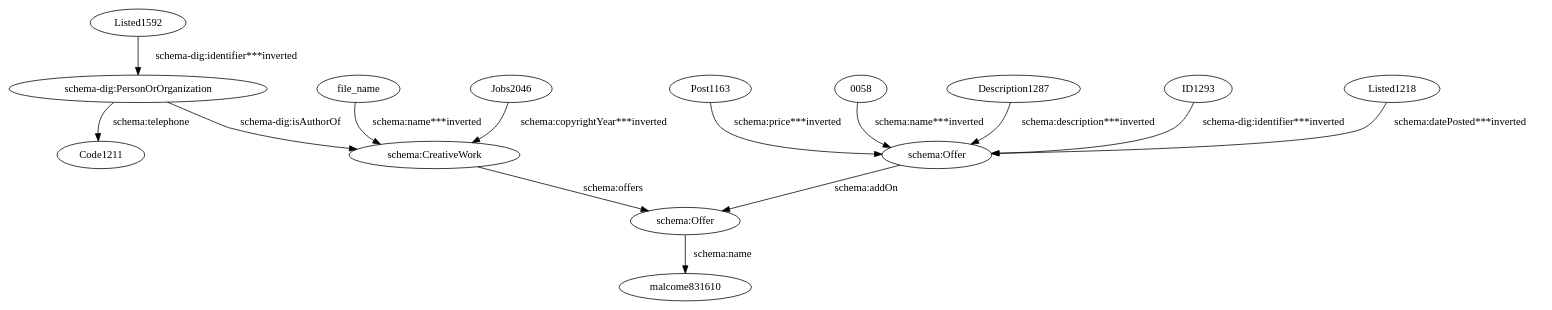
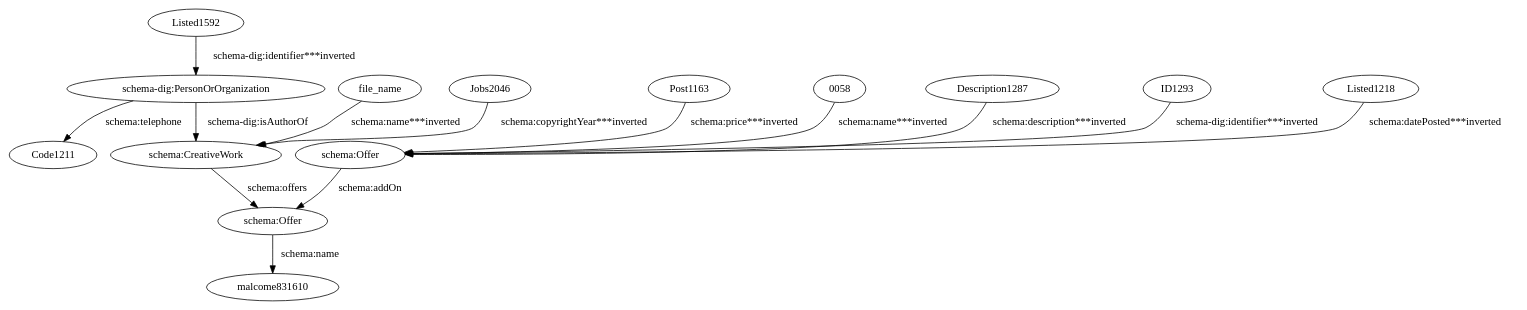
The diagram in evaluation/taheriyan2016/task_04/semantic_models_steiner/dot/kyclassifieds.dot (giuseppefutia/semi), drawn with Graphviz before and after one commit. The commit also changed 122 other files, not shown here.

```diff
--- a/evaluation/taheriyan2016/task_04/semantic_models_steiner/dot/kyclassifieds.dot
+++ b/evaluation/taheriyan2016/task_04/semantic_models_steiner/dot/kyclassifieds.dot
@@ -1,29 +1,29 @@
 digraph {
   "0058" [type=attribute_name,label="0058"]
   "schema:Offer1" [type=class_uri,label="schema:Offer"]
   Description1287 [type=attribute_name,label=Description1287]
   ID1293 [type=attribute_name,label=ID1293]
   Jobs2046 [type=attribute_name,label=Jobs2046]
   "schema:CreativeWork1" [type=class_uri,label="schema:CreativeWork"]
   Listed1218 [type=attribute_name,label=Listed1218]
   Listed1592 [type=attribute_name,label=Listed1592]
   "schema-dig:PersonOrOrganization1" [type=class_uri,label="schema-dig:PersonOrOrganization"]
   Post1163 [type=attribute_name,label=Post1163]
   file_name [type=attribute_name,label=file_name]
   Code1211 [type=attribute_name,label=Code1211]
   "schema:Offer2" [type=class_uri,label="schema:Offer"]
   malcome831610 [type=attribute_name,label=malcome831610]
   "0058" -> "schema:Offer1" [type=st_property_uri,label="schema:name***inverted",weight=1]
   Description1287 -> "schema:Offer1" [type=st_property_uri,label="schema:description***inverted",weight=1]
   ID1293 -> "schema:Offer1" [type=st_property_uri,label="schema-dig:identifier***inverted",weight=1]
   Jobs2046 -> "schema:CreativeWork1" [type=st_property_uri,label="schema:copyrightYear***inverted",weight=1]
   Listed1218 -> "schema:Offer1" [type=st_property_uri,label="schema:datePosted***inverted",weight=1]
   Listed1592 -> "schema-dig:PersonOrOrganization1" [type=st_property_uri,label="schema-dig:identifier***inverted",weight=1]
   Post1163 -> "schema:Offer1" [type=st_property_uri,label="schema:price***inverted",weight=1]
   file_name -> "schema:CreativeWork1" [type=st_property_uri,label="schema:name***inverted",weight=1]
   "schema-dig:PersonOrOrganization1" -> Code1211 [label="schema:telephone",type=st_property_uri]
-  "schema-dig:PersonOrOrganization1" -> "schema:CreativeWork1" [label="schema-dig:isAuthorOf",type=direct_property_uri,weight=1]
-  "schema:CreativeWork1" -> "schema:Offer2" [label="schema:offers",type=direct_property_uri,weight=1]
-  "schema:Offer1" -> "schema:Offer2" [label="schema:addOn",type=direct_property_uri,weight=1]
+  "schema-dig:PersonOrOrganization1" -> "schema:CreativeWork1" [label="schema-dig:isAuthorOf",type=direct_property_uri,weight=100]
+  "schema:CreativeWork1" -> "schema:Offer2" [label="schema:offers",type=direct_property_uri,weight=100]
+  "schema:Offer1" -> "schema:Offer2" [label="schema:addOn",type=direct_property_uri,weight=100]
   "schema:Offer2" -> malcome831610 [label="schema:name",type=st_property_uri]
 }
```
